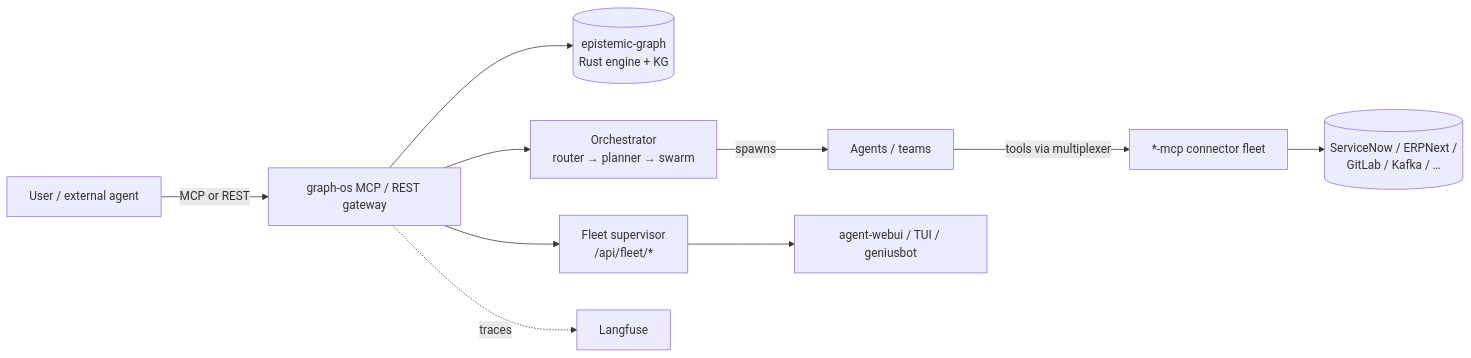
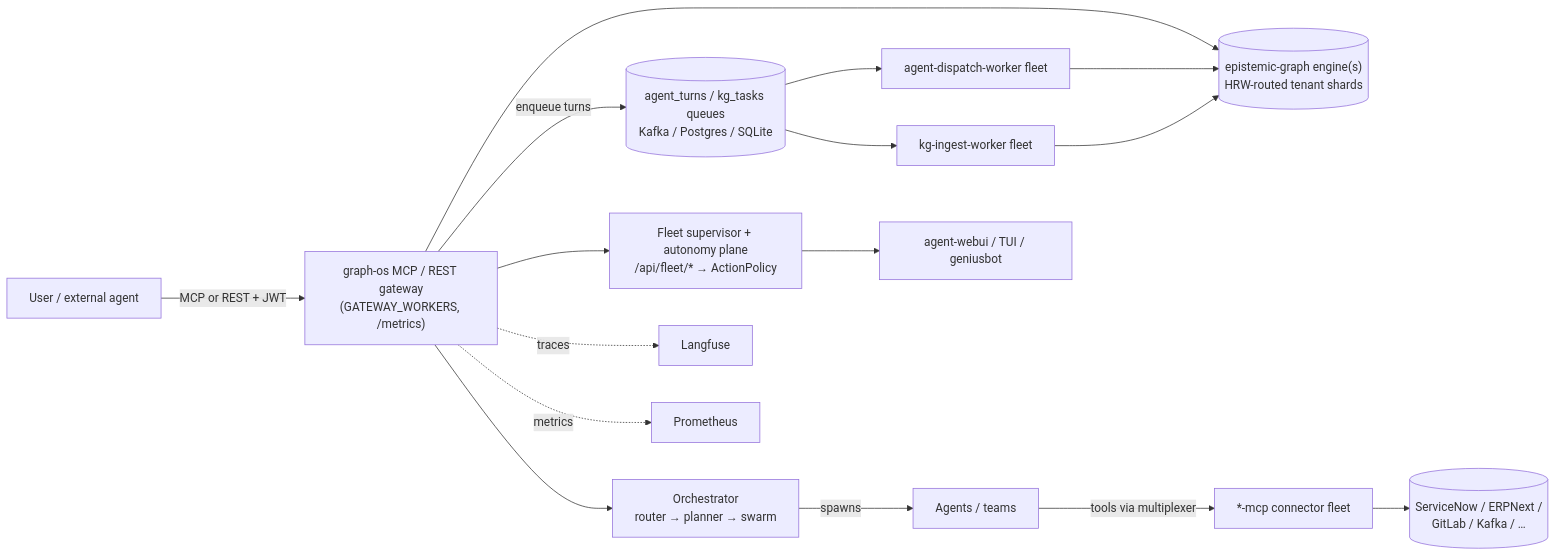
Before and after one commit to Knuckles-Team/agent-utilities: the diagram in docs/ecosystem.md, drawn with Mermaid. The commit also changed other lines of this file and 16 other files, not shown here.

````diff
--- a/docs/ecosystem.md
+++ b/docs/ecosystem.md
@@ -46,12 +54,18 @@
 ```mermaid
 flowchart LR
-    U[User / external agent] -->|MCP or REST| GW[graph-os MCP / REST gateway]
-    GW --> ENG[("epistemic-graph<br/>Rust engine + KG")]
+    U[User / external agent] -->|MCP or REST + JWT| GW["graph-os MCP / REST gateway<br/>(GATEWAY_WORKERS, /metrics)"]
+    GW --> ENG[("epistemic-graph engine(s)<br/>HRW-routed tenant shards")]
     GW --> ORCH["Orchestrator<br/>router → planner → swarm"]
+    GW -->|enqueue turns| Q[("agent_turns / kg_tasks queues<br/>Kafka / Postgres / SQLite")]
+    Q --> DW[agent-dispatch-worker fleet]
+    Q --> IW[kg-ingest-worker fleet]
+    DW --> ENG
+    IW --> ENG
     ORCH -->|spawns| AG[Agents / teams]
     AG -->|tools via multiplexer| FLEET[*-mcp connector fleet]
     FLEET --> EXT[("ServiceNow / ERPNext /<br/>GitLab / Kafka / …")]
-    GW --> SUP["Fleet supervisor<br/>/api/fleet/*"]
+    GW --> SUP["Fleet supervisor + autonomy plane<br/>/api/fleet/* → ActionPolicy"]
     SUP --> UI[agent-webui / TUI / geniusbot]
     GW -.traces.-> LF[Langfuse]
+    GW -.metrics.-> PROM[Prometheus]
 ```
````
